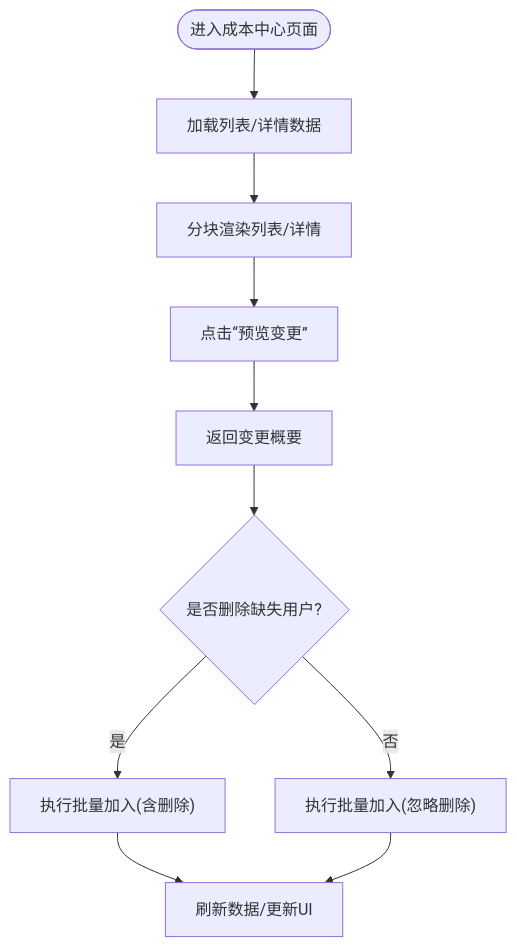
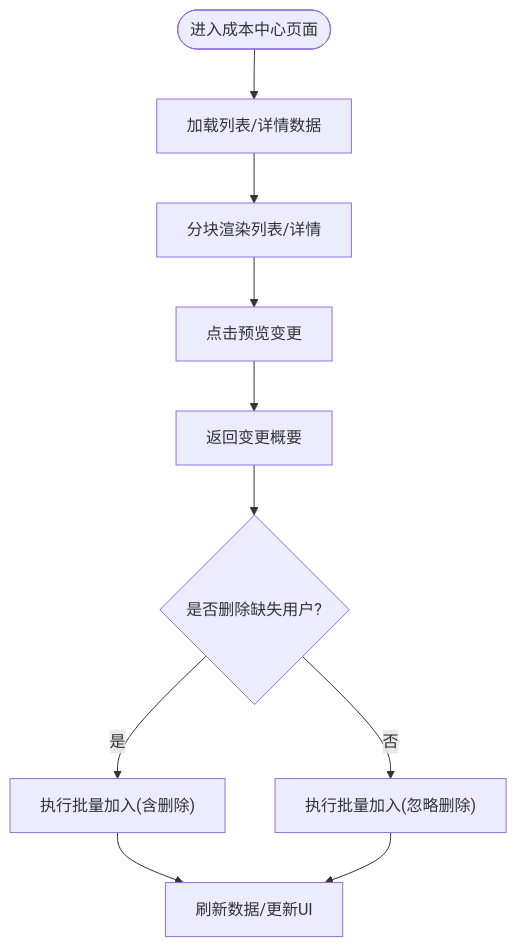
Before and after one commit to kissingwolf/CopilotEnterpriseUsageDisplay: the sixth of 9 diagrams in .qoder/repowiki/zh/content/前端页面/前端页面.md, drawn with Mermaid. The commit also changed other lines of this file and 9 other files, not shown here.

````diff
--- a/.qoder/repowiki/zh/content/前端页面/前端页面.md
+++ b/.qoder/repowiki/zh/content/前端页面/前端页面.md
@@ -295,12 +309,12 @@
 ```mermaid
 flowchart TD
 Enter(["进入成本中心页面"]) --> LoadList["加载列表/详情数据"]
 LoadList --> Render["分块渲染列表/详情"]
-Render --> Assign["点击“预览变更”"]
+Render --> Assign["点击"预览变更""]
 Assign --> Preview["返回变更概要"]
 Preview --> Confirm{"是否删除缺失用户?"}
 Confirm --> |是| Apply["执行批量加入(含删除)"]
 Confirm --> |否| ApplySkip["执行批量加入(忽略删除)"]
 Apply --> Reload["刷新数据/更新UI"]
 ApplySkip --> Reload
 ```
````
